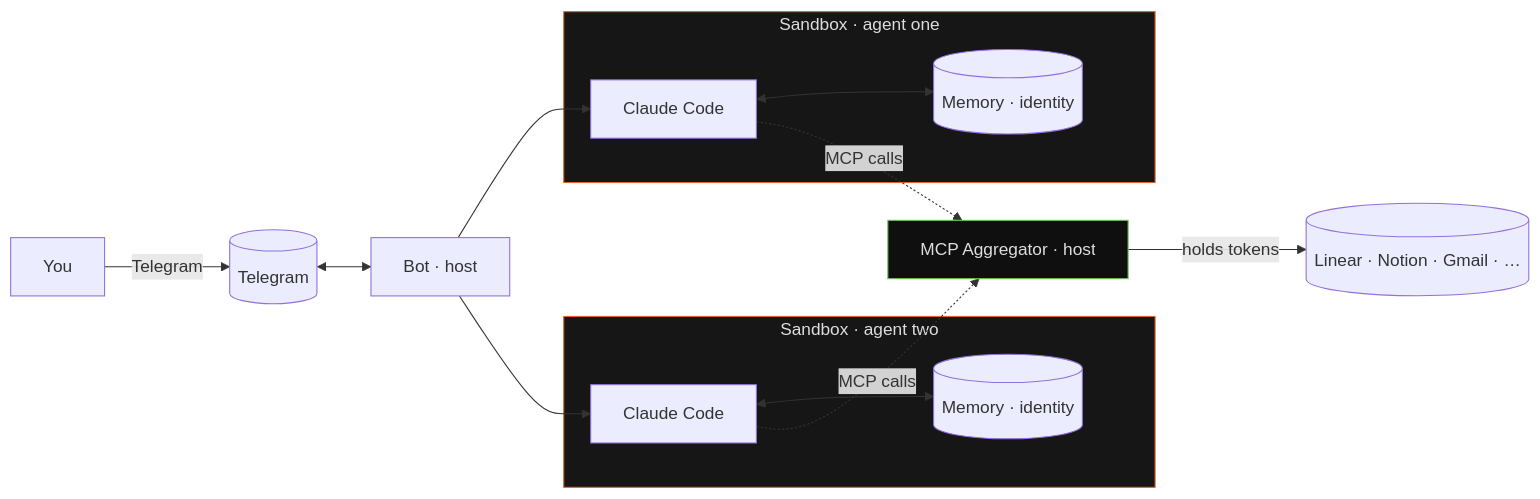
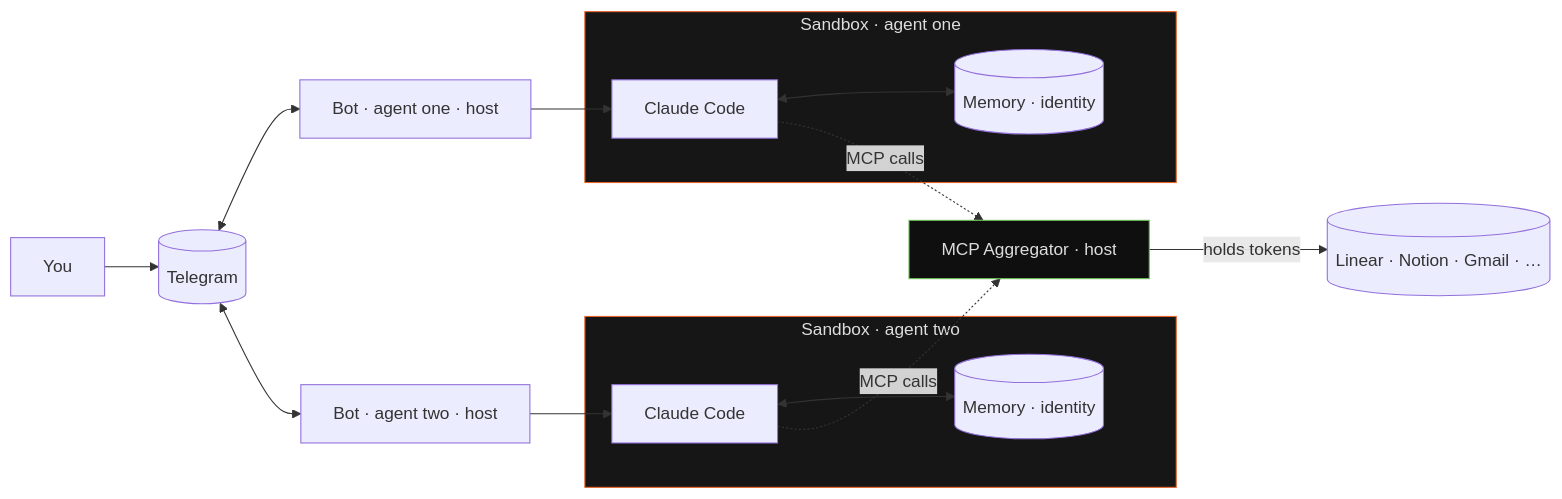
Before and after one commit to onsails/rightclaw: the diagram in README.md, drawn with Mermaid. The commit also changed other lines of this file, not shown here.

Commit message:
docs(readme): correct diagram + drop --telegram-token hint + drop crates.io badge
- Architecture diagram now shows one bot per agent on the host, not a
  shared bot process. Matches reality: rightclaw bot --agent <name>
  is spawned per agent by process-compose.
- `rightclaw init` no longer shows `--telegram-token <TOKEN>`; the
  init wizard collects it interactively.
- crates.io badge removed from the hero badge row (not yet published
  as a release artefact that users should rely on).

````diff
--- a/README.md
+++ b/README.md
@@ -90,27 +89,29 @@
 ```mermaid
 flowchart LR
-  U[You] -->|Telegram| TG[(Telegram)]
-  TG <--> B[Bot · host]
-  B --> A1
+  U[You] --> TG[(Telegram)]
+
+  TG <--> B1[Bot · agent one · host]
+  TG <--> B2[Bot · agent two · host]
+  B1 --> A1
+  B2 --> A2
 
   subgraph SANDBOX_1["Sandbox · agent one"]
     A1[Claude Code]
     M1[(Memory · identity)]
     A1 <--> M1
   end
 
   subgraph SANDBOX_2["Sandbox · agent two"]
     A2[Claude Code]
     M2[(Memory · identity)]
     A2 <--> M2
   end
 
-  B --> A2
   A1 -.MCP calls.-> AGG
   A2 -.MCP calls.-> AGG
   AGG[MCP Aggregator · host] -->|holds tokens| EXT[(Linear · Notion · Gmail · …)]
 
   style SANDBOX_1 fill:#161616,stroke:#E8632A,color:#ddd
   style SANDBOX_2 fill:#161616,stroke:#E8632A,color:#ddd
   style AGG fill:#0f0f0f,stroke:#6bbf59,color:#ddd
 ```
````
